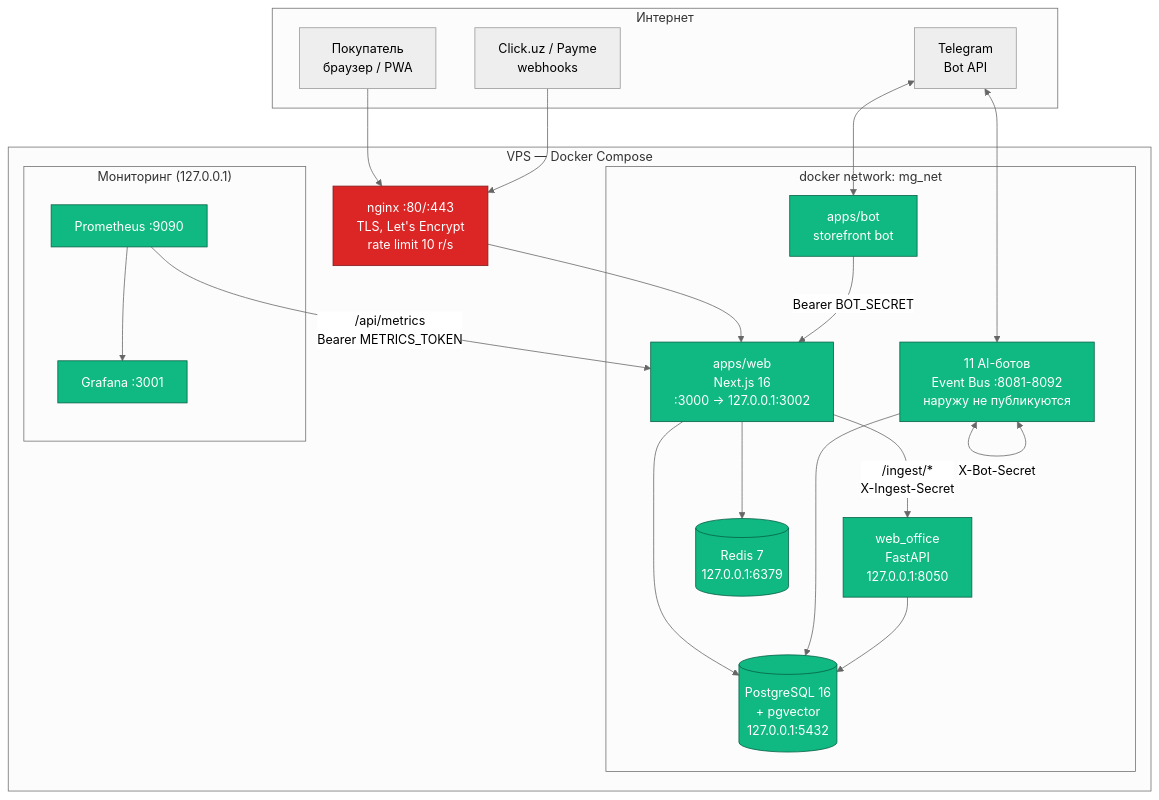
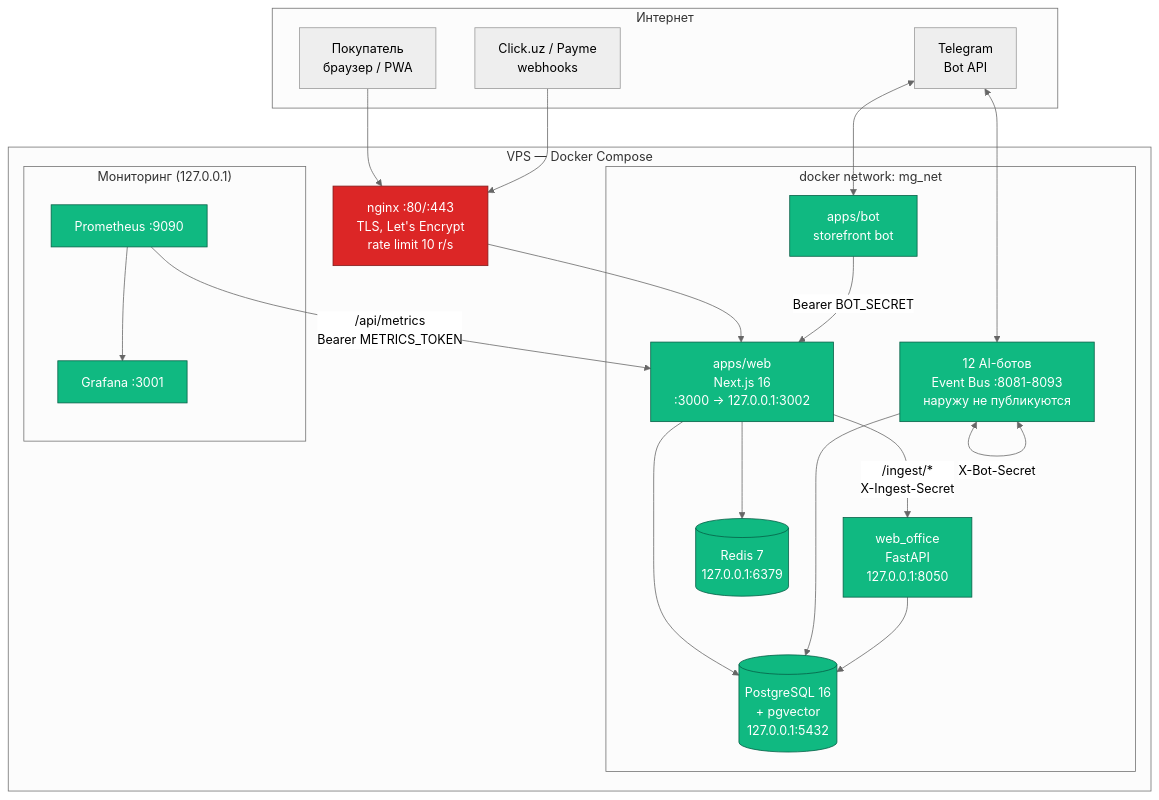
Before and after one commit to radjabovdiyor2-hub/MICROGREnUzbekistan: the first of 6 diagrams in ARCHITECTURE.md, drawn with Mermaid (neutral theme). The commit also changed other lines of this file and 80 other files, not shown here.

````diff
--- a/ARCHITECTURE.md
+++ b/ARCHITECTURE.md
@@ -93,48 +93,48 @@
 ```mermaid
 graph TB
     subgraph internet["Интернет"]
         user["Покупатель<br/>браузер / PWA"]
         tg["Telegram<br/>Bot API"]
         pay["Click.uz / Payme<br/>webhooks"]
     end
 
     subgraph vps["VPS — Docker Compose"]
         nginx["nginx :80/:443<br/>TLS, Let's Encrypt<br/>rate limit 10 r/s"]
 
         subgraph mgnet["docker network: mg_net"]
             web["apps/web<br/>Next.js 16<br/>:3000 → 127.0.0.1:3002"]
             office["web_office<br/>FastAPI<br/>127.0.0.1:8050"]
-            bots["11 AI-ботов<br/>Event Bus :8081-8092<br/>наружу не публикуются"]
+            bots["12 AI-ботов<br/>Event Bus :8081-8093<br/>наружу не публикуются"]
             store["apps/bot<br/>storefront bot"]
             pg[("PostgreSQL 16<br/>+ pgvector<br/>127.0.0.1:5432")]
             redis[("Redis 7<br/>127.0.0.1:6379")]
         end
 
         subgraph mon["Мониторинг (127.0.0.1)"]
             prom["Prometheus :9090"]
             graf["Grafana :3001"]
         end
     end
 
     user --> nginx
     pay --> nginx
     nginx --> web
     tg <--> store
     tg <--> bots
 
     web --> pg
     web --> redis
     web -->|"/ingest/*<br/>X-Ingest-Secret"| office
     store -->|"Bearer BOT_SECRET"| web
     bots --> pg
     office --> pg
     bots <-->|"X-Bot-Secret"| bots
 
     prom -->|"/api/metrics<br/>Bearer METRICS_TOKEN"| web
     prom --> graf
 
     classDef exposed fill:#dc2626,stroke:#7f1d1d,color:#fff
     classDef internal fill:#10b981,stroke:#065f46,color:#fff
     class nginx exposed
     class web,office,bots,store,pg,redis,prom,graf internal
 ```
````
